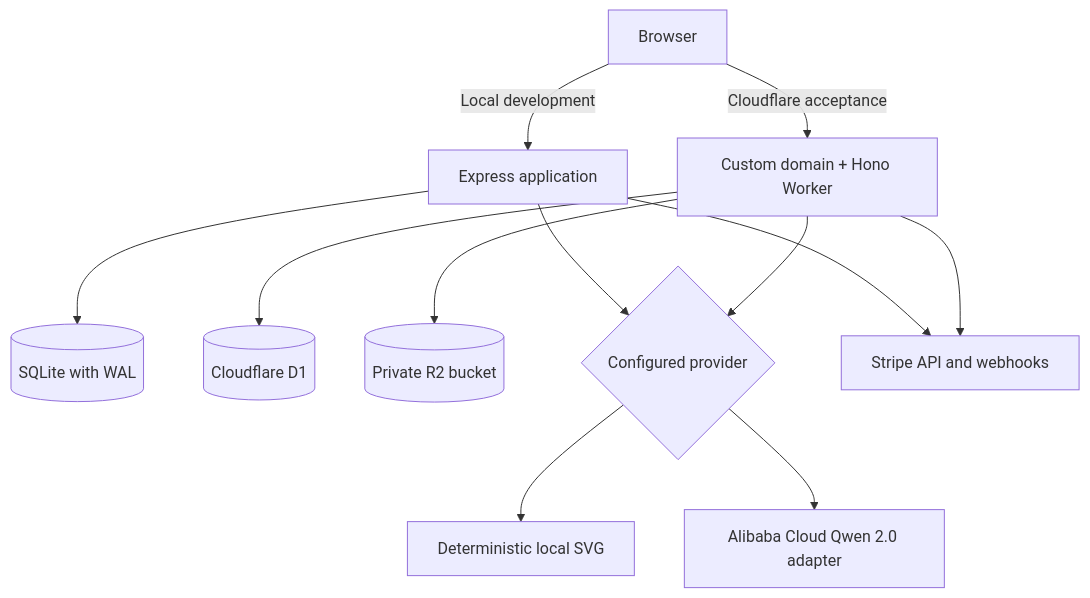
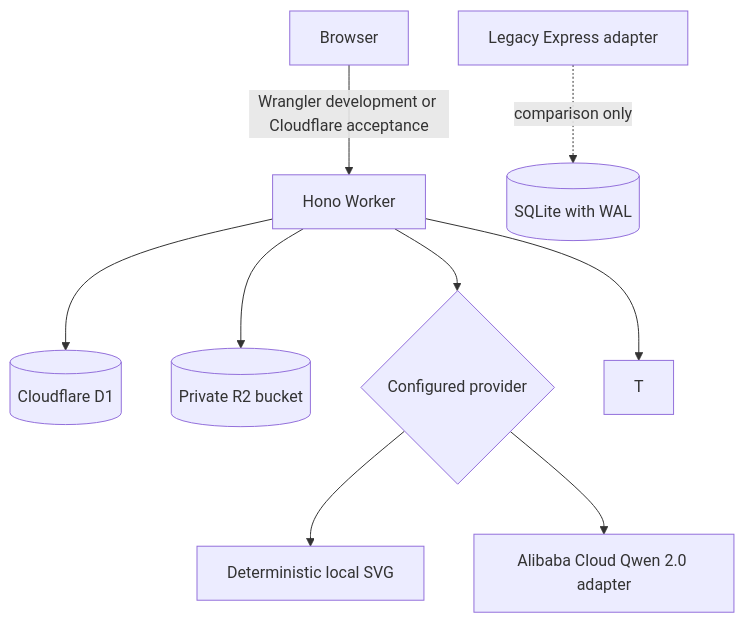
Before and after one commit to Tnsea/qwenimage3: the first of 2 diagrams in docs/ARCHITECTURE.md, drawn with Mermaid. The commit also changed other lines of this file and 52 other files, not shown here.

````diff
--- a/docs/ARCHITECTURE.md
+++ b/docs/ARCHITECTURE.md
@@ -9,14 +9,11 @@
 ```mermaid
 flowchart TD
-  B[Browser] -->|Local development| E[Express application]
-  E --> S[(SQLite with WAL)]
-  B -->|Cloudflare acceptance| W[Custom domain + Hono Worker]
+  B[Browser] -->|Wrangler development or Cloudflare acceptance| W[Hono Worker]
   W --> D[(Cloudflare D1)]
   W --> R[(Private R2 bucket)]
-  E --> P{Configured provider}
-  W --> P
+  W --> P{Configured provider}
   P --> L[Deterministic local SVG]
   P --> Q[Alibaba Cloud Qwen 2.0 adapter]
-  E --> T[Stripe API and webhooks]
   W --> T
+  E[Legacy Express adapter] -. comparison only .-> S[(SQLite with WAL)]
 ```
````
